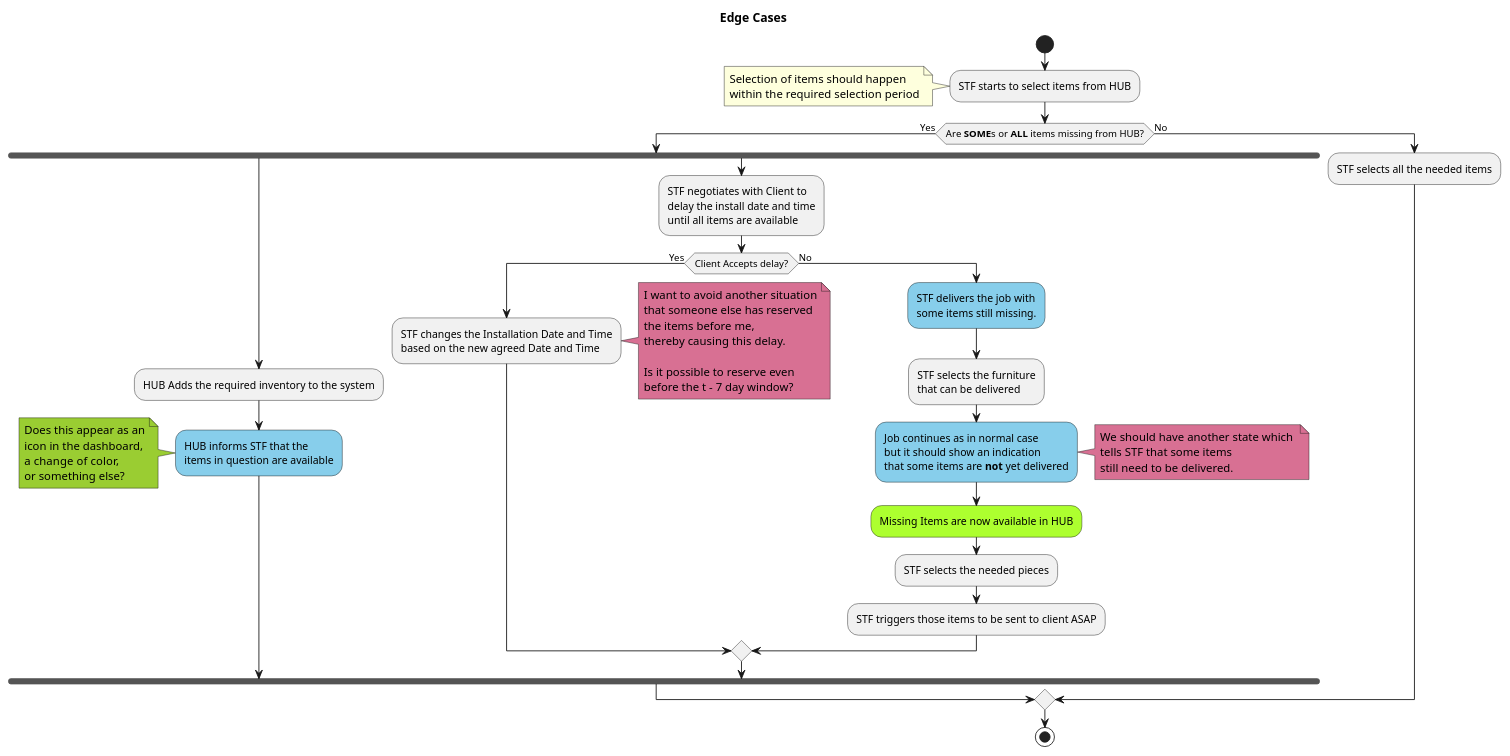
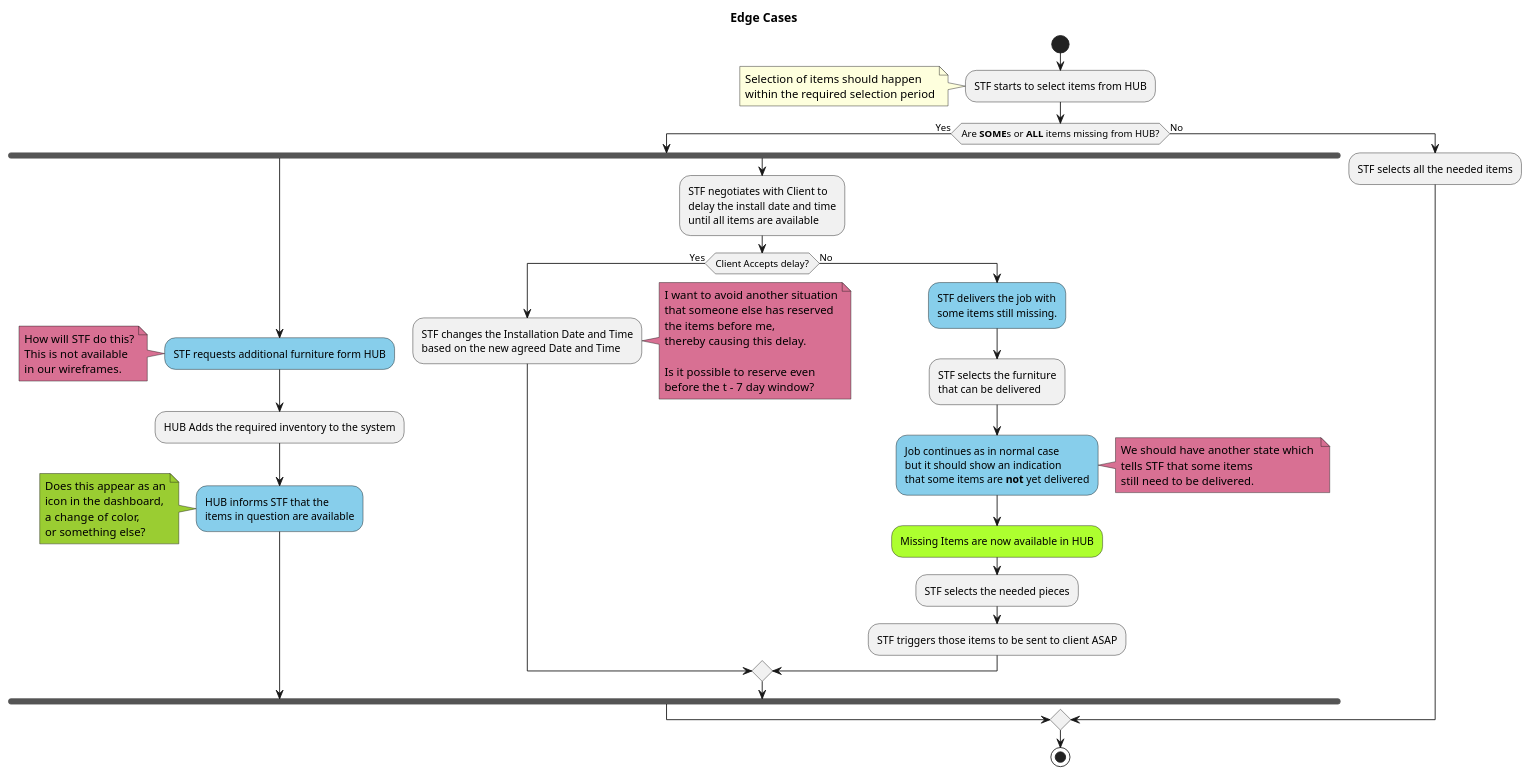
One commit to jpgacrama/NovariSpecs changed the diagram in EdgeCases/Edge_LackOfAvailableInventory.pu. Above: the diagram before and after it, drawn with PlantUML.

Commit message:
Edge Cases: Added step that STF requests HUB to purchase more furniture

```diff
--- a/EdgeCases/Edge_LackOfAvailableInventory.pu
+++ b/EdgeCases/Edge_LackOfAvailableInventory.pu
@@ -5,67 +5,75 @@
 @startuml
 title Edge Cases
 start
 
 :STF starts to select items from HUB;
 note
     Selection of items should happen
     within the required selection period
 end note
 
 if (Are **SOME**s or **ALL** items missing from HUB?) then (Yes)
     fork
+        #SkyBlue:STF requests additional furniture form HUB;
+
+        note #PaleVioletRed
+            How will STF do this?
+            This is not available
+            in our wireframes.
+        end note
+
         :HUB Adds the required inventory to the system;
         #SkyBlue:HUB informs STF that the
         items in question are available;
         note #YellowGreen
             Does this appear as an
             icon in the dashboard,
             a change of color, 
             or something else?
         end note
     fork again
         :STF negotiates with Client to
         delay the install date and time
         until all items are available;
 
         if (Client Accepts delay?) then (Yes)
             :STF changes the Installation Date and Time
             based on the new agreed Date and Time;
 
             note right #PaleVioletRed
                 I want to avoid another situation
                 that someone else has reserved
                 the items before me,
                 thereby causing this delay.
 
                 Is it possible to reserve even
                 before the t - 7 day window?
             end note
         else (No)
             #SkyBlue:STF delivers the job with
             some items still missing.;
 
             :STF selects the furniture
             that can be delivered;
 
             #SkyBlue:Job continues as in normal case
             but it should show an indication
             that some items are **not** yet delivered;
 
             note right #PaleVioletRed
                 We should have another state which 
                 tells STF that some items
                 still need to be delivered.
             end note
 
             #GreenYellow:Missing Items are now available in HUB;
             :STF selects the needed pieces;
             :STF triggers those items to be sent to client ASAP;
         endif
     end fork
 
 else (No)
     :STF selects all the needed items;
 endif
 stop
 @enduml
```
